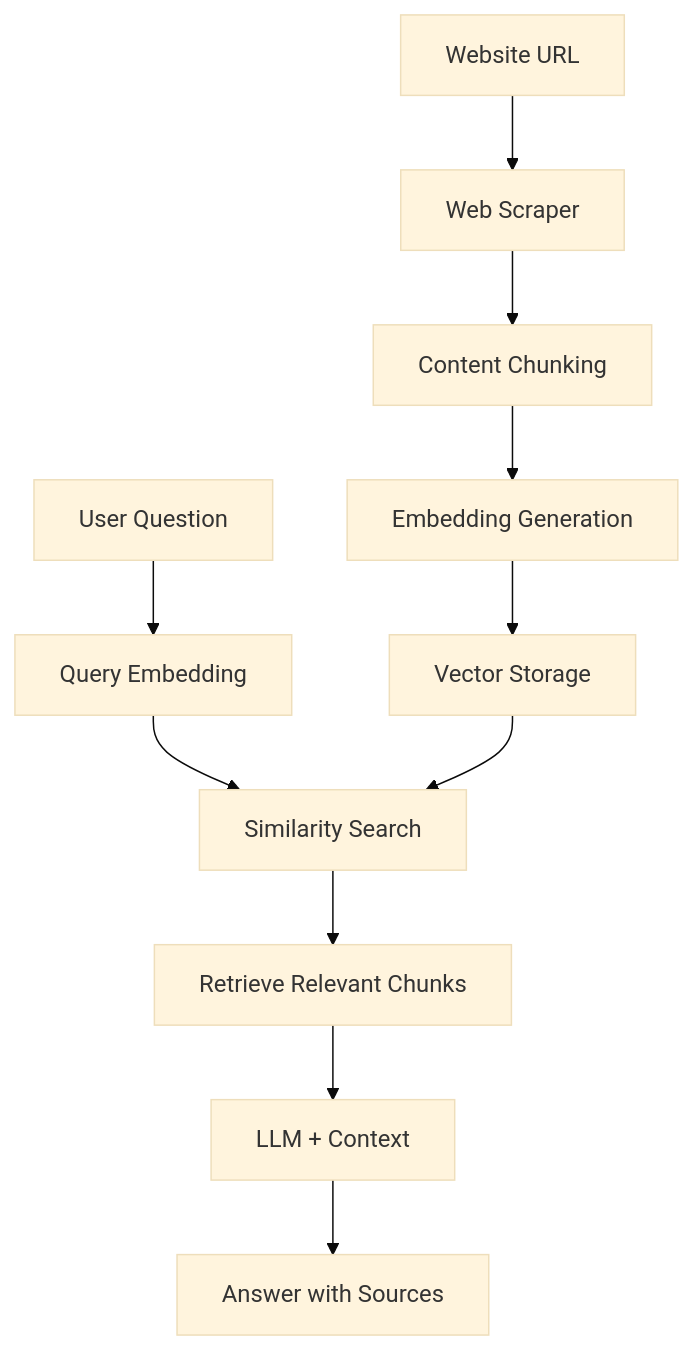
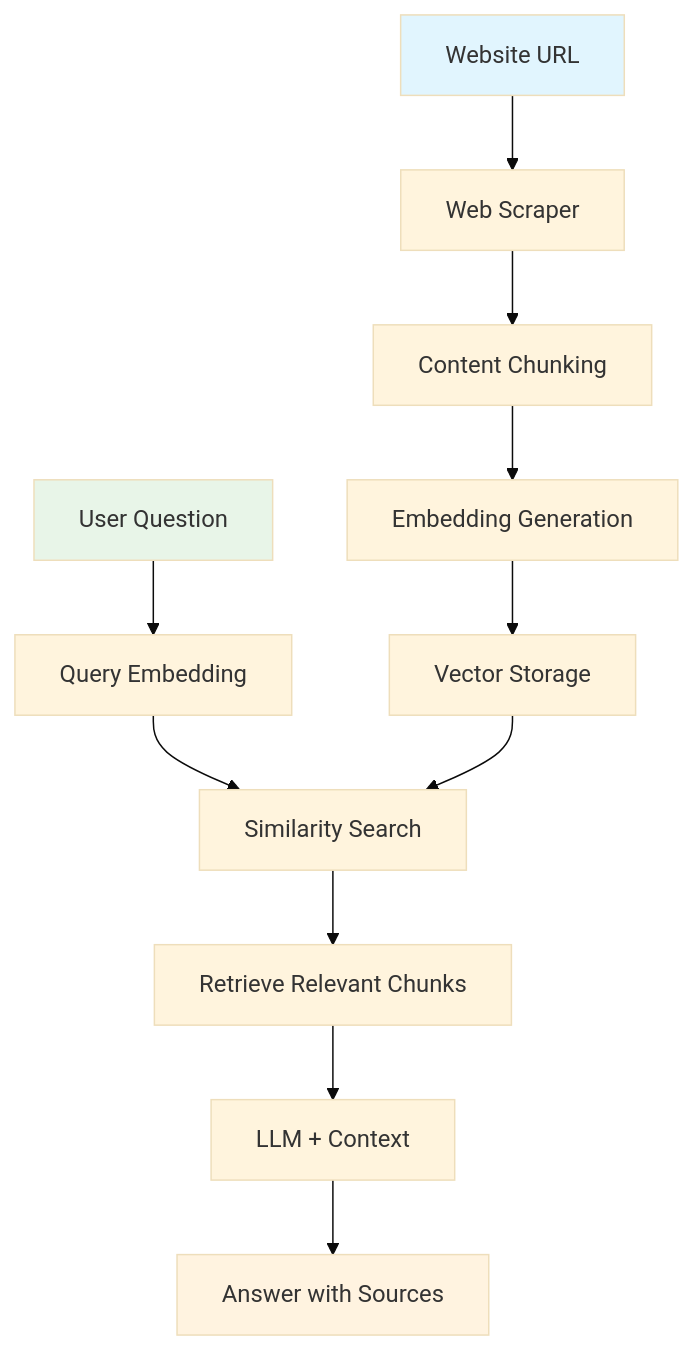
Before and after one commit to learnwithparam/monkey-kata: the diagram in api/demos/website_rag/README.md, drawn with Mermaid (base theme). The commit also changed other lines of this file and 1 other file, not shown here.

````diff
--- a/api/demos/website_rag/README.md
+++ b/api/demos/website_rag/README.md
@@ -16,14 +17,18 @@
 ```mermaid
 graph TD
     A[Website URL] --> B[Web Scraper]
     B --> C[Content Chunking]
     C --> D[Embedding Generation]
     D --> E[Vector Storage]
     
     F[User Question] --> G[Query Embedding]
     G --> H[Similarity Search]
     E --> H
     H --> I[Retrieve Relevant Chunks]
     I --> J[LLM + Context]
     J --> K[Answer with Sources]
+    
+    style A fill:#e1f5fe
+    style F fill:#e8f5e8
+    style K fill:#fff3e0
 ```
````
